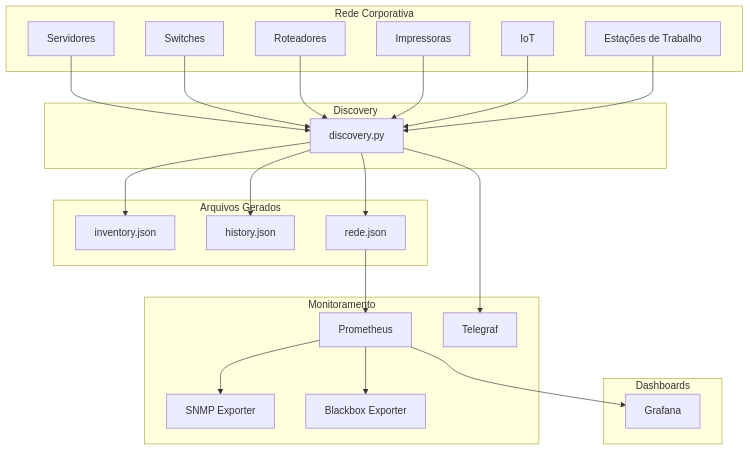
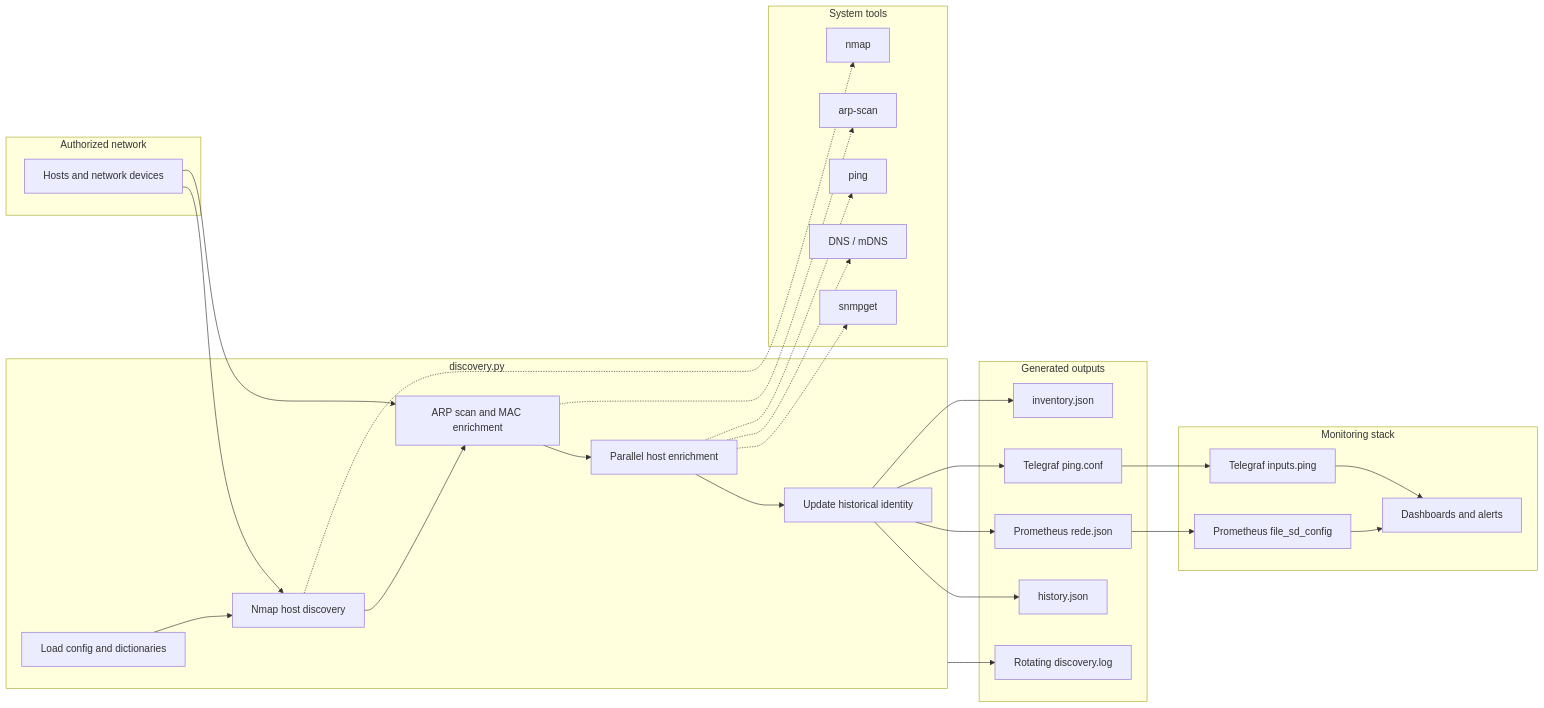
The first of 2 diagrams in README.md (paulocfmarques-collab/network-discovery-prometheus), drawn with Mermaid before and after one commit. The commit also changed other lines of this file, not shown here.

Commit message:
docs: create professional architecture-focused README

````diff
--- a/README.md
+++ b/README.md
@@ -231,53 +68,57 @@
 ```mermaid
-flowchart TD
-
-    subgraph Rede Corporativa
-        A[Servidores]
-        B[Switches]
-        C[Roteadores]
-        D[Impressoras]
-        E[IoT]
-        F[Estações de Trabalho]
+flowchart LR
+    subgraph NET[Authorized network]
+        DEV[Hosts and network devices]
     end
 
-    subgraph Discovery
-        G[discovery.py]
+    subgraph DISC[discovery.py]
+        CFG[Load config and dictionaries]
+        SCAN[Nmap host discovery]
+        ARP[ARP scan and MAC enrichment]
+        ENRICH[Parallel host enrichment]
+        HIST[Update historical identity]
+        CFG --> SCAN
+        SCAN --> ARP
+        ARP --> ENRICH
+        ENRICH --> HIST
     end
 
-    subgraph Arquivos Gerados
-        H[inventory.json]
-        I[history.json]
-        J[rede.json]
+    subgraph TOOLS[System tools]
+        NMAP[nmap]
+        ARPSCAN[arp-scan]
+        PING[ping]
+        DNS[DNS / mDNS]
+        SNMP[snmpget]
     end
 
-    subgraph Monitoramento
-        K[Prometheus]
-        L[SNMP Exporter]
-        M[Blackbox Exporter]
-        N[Telegraf]
+    subgraph OUT[Generated outputs]
+        INV[inventory.json]
+        TARGETS[Prometheus rede.json]
+        TEL[Telegraf ping.conf]
+        HISTORY[history.json]
+        LOG[Rotating discovery.log]
     end
 
-    subgraph Dashboards
-        O[Grafana]
+    subgraph OBS[Monitoring stack]
+        PROM[Prometheus file_sd_config]
+        TELEGRAF[Telegraf inputs.ping]
+        GRAFANA[Dashboards and alerts]
     end
 
-    A --> G
-    B --> G
-    C --> G
-    D --> G
-    E --> G
-    F --> G
-
-    G --> H
-    G --> I
-    G --> J
-
-    J --> K
-
-    K --> L
-    K --> M
-
-    G --> N
-
-    K --> O
+    DEV --> SCAN
+    DEV --> ARP
+    SCAN -.-> NMAP
+    ARP -.-> ARPSCAN
+    ENRICH -.-> PING
+    ENRICH -.-> DNS
+    ENRICH -.-> SNMP
+    HIST --> INV
+    HIST --> TARGETS
+    HIST --> TEL
+    HIST --> HISTORY
+    DISC --> LOG
+    TARGETS --> PROM
+    TEL --> TELEGRAF
+    PROM --> GRAFANA
+    TELEGRAF --> GRAFANA
 ```
````
